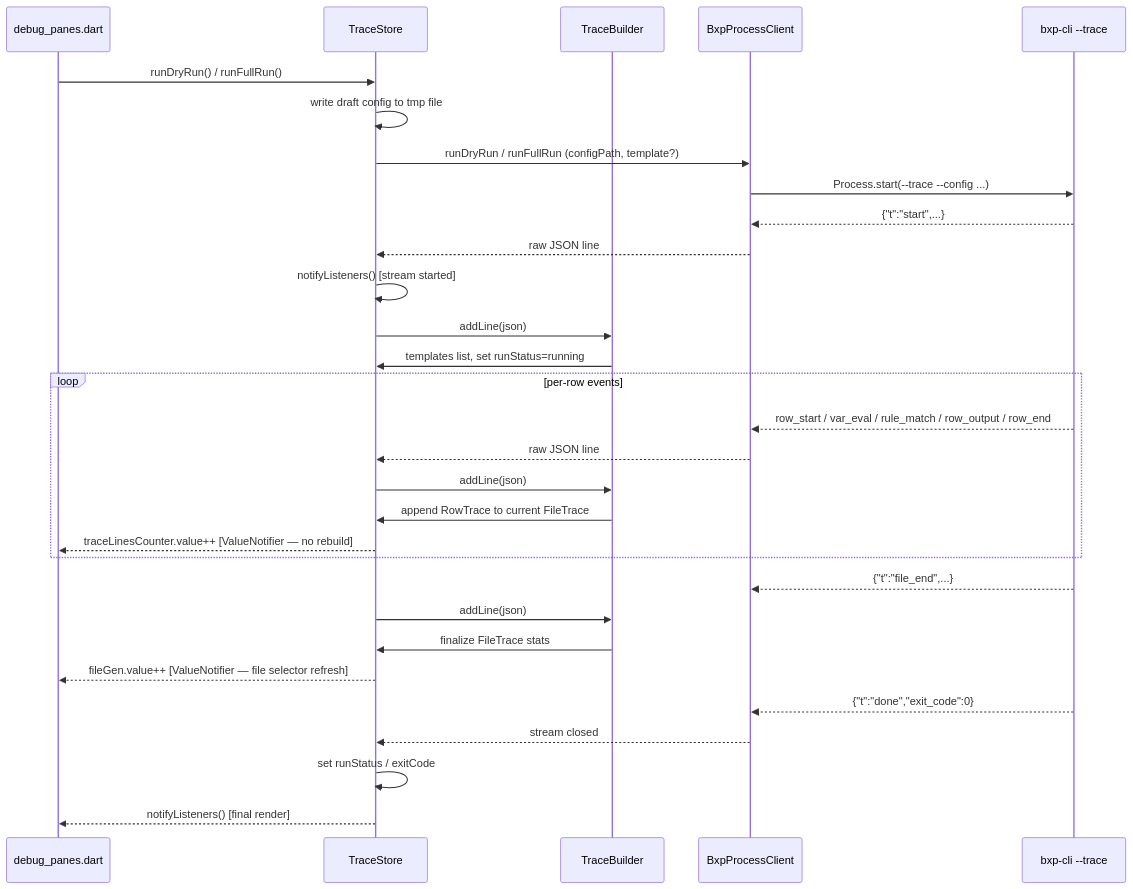
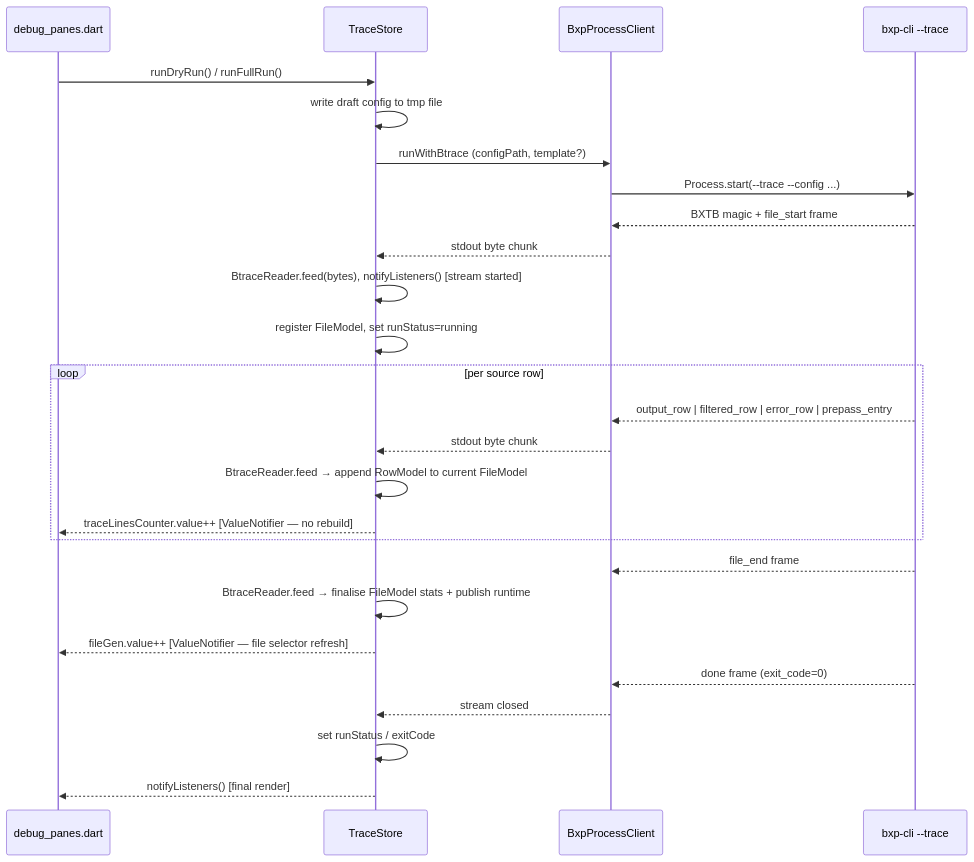
One commit to zaxified/bxp changed the seventh of 15 diagrams in docs/architecture.md. Above: the diagram before and after it, drawn with Mermaid. The commit also changed other lines of this file and 3 other files, not shown here.

````diff
--- a/docs/architecture.md
+++ b/docs/architecture.md
@@ -504,33 +502,29 @@
 ```mermaid
 sequenceDiagram
     participant UI as debug_panes.dart
     participant TS as TraceStore
-    participant TB as TraceBuilder
     participant BPC as BxpProcessClient
     participant CLI as bxp-cli --trace
 
     UI->>TS: runDryRun() / runFullRun()
     TS->>TS: write draft config to tmp file
-    TS->>BPC: runDryRun / runFullRun (configPath, template?)
+    TS->>BPC: runWithBtrace (configPath, template?)
     BPC->>CLI: Process.start(--trace --config ...)
-    CLI-->>BPC: {"t":"start",...}
-    BPC-->>TS: raw JSON line
-    TS->>TS: notifyListeners() [stream started]
-    TS->>TB: addLine(json)
-    TB->>TS: templates list, set runStatus=running
-    loop per-row events
-        CLI-->>BPC: row_start / var_eval / rule_match / row_output / row_end
-        BPC-->>TS: raw JSON line
-        TS->>TB: addLine(json)
-        TB->>TS: append RowTrace to current FileTrace
+    CLI-->>BPC: BXTB magic + file_start frame
+    BPC-->>TS: stdout byte chunk
+    TS->>TS: BtraceReader.feed(bytes), notifyListeners() [stream started]
+    TS->>TS: register FileModel, set runStatus=running
+    loop per source row
+        CLI-->>BPC: output_row | filtered_row | error_row | prepass_entry
+        BPC-->>TS: stdout byte chunk
+        TS->>TS: BtraceReader.feed → append RowModel to current FileModel
         TS-->>UI: traceLinesCounter.value++ [ValueNotifier — no rebuild]
     end
-    CLI-->>BPC: {"t":"file_end",...}
-    TS->>TB: addLine(json)
-    TB->>TS: finalize FileTrace stats
+    CLI-->>BPC: file_end frame
+    TS->>TS: BtraceReader.feed → finalise FileModel stats + publish runtime
     TS-->>UI: fileGen.value++ [ValueNotifier — file selector refresh]
-    CLI-->>BPC: {"t":"done","exit_code":0}
+    CLI-->>BPC: done frame (exit_code=0)
     BPC-->>TS: stream closed
     TS->>TS: set runStatus / exitCode
     TS-->>UI: notifyListeners() [final render]
 ```
````
